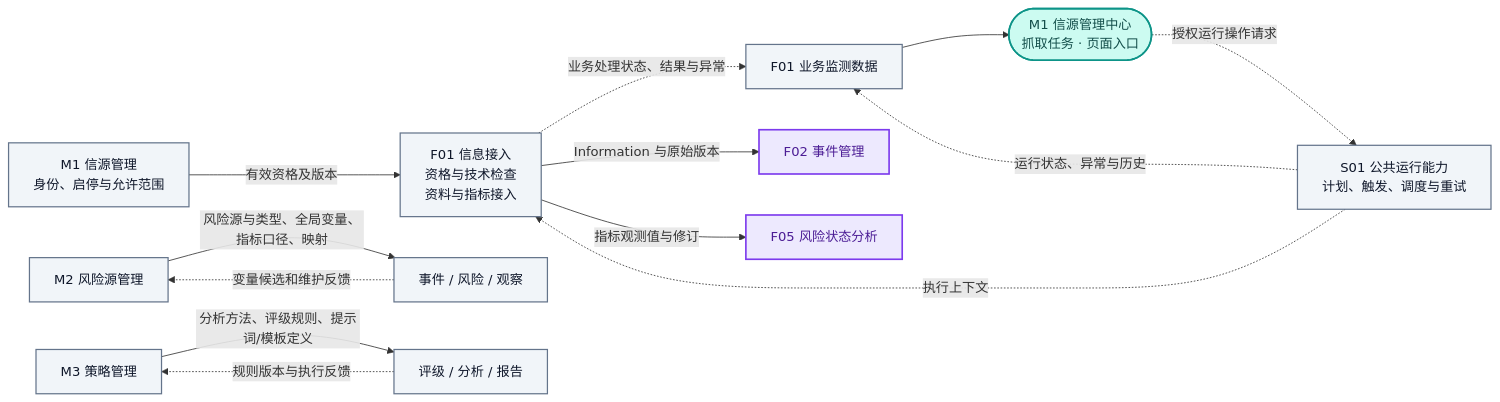
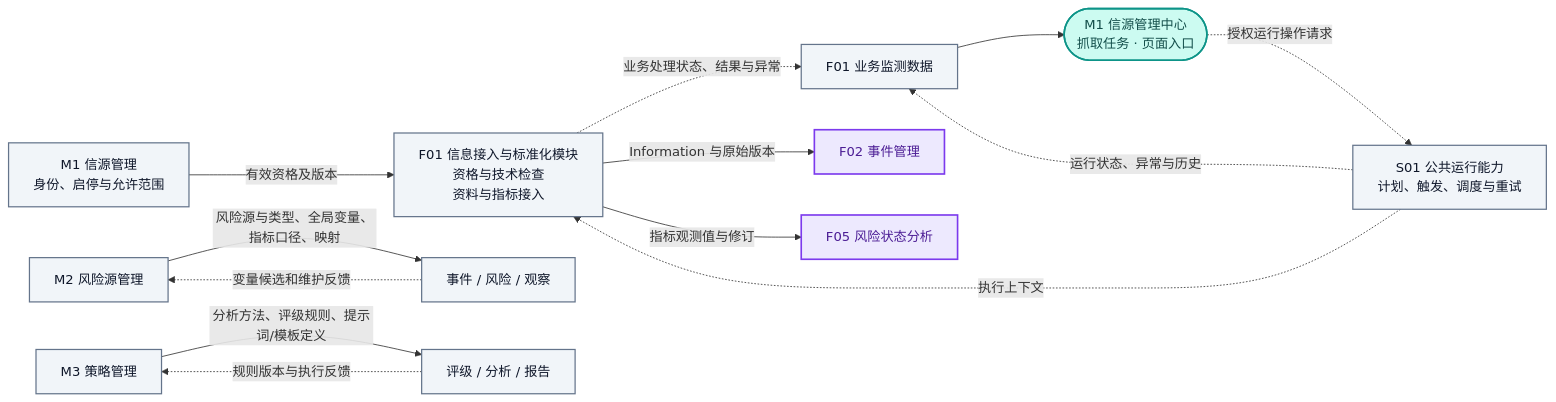
One commit to caojingwen1996/obsidian_kb changed the fifth of 18 diagrams in tools/RiskHot/docs/system-design/03-系统功能架构/系统功能架构总览.md. Above: the diagram before and after it, drawn with Mermaid. The commit also changed other lines of this file and 431 other files, not shown here.

````diff
--- a/tools/RiskHot/docs/system-design/03-系统功能架构/系统功能架构总览.md
+++ b/tools/RiskHot/docs/system-design/03-系统功能架构/系统功能架构总览.md
@@ -315,21 +315,21 @@
 ```mermaid
 flowchart LR
-    M1["M1 信源管理<br/>身份、启停与允许范围"] -->|有效资格及版本| A["F01 信息接入<br/>资格与技术检查<br/>资料与指标接入"]
+    M1["M1 信源管理<br/>身份、启停与允许范围"] -->|有效资格及版本| A["F01 信息接入与标准化模块<br/>资格与技术检查<br/>资料与指标接入"]
     M2[M2 风险源管理] -->|风险源与类型、全局变量、指标口径、映射| B[事件 / 风险 / 观察]
     M3[M3 策略管理] -->|分析方法、评级规则、提示词/模板定义| C[评级 / 分析 / 报告]
     S01["S01 公共运行能力<br/>计划、触发、调度与重试"] -. 执行上下文 .-> A
     S01 -. 运行状态、异常与历史 .-> MON["F01 业务监测数据"]
     A -. 业务处理状态、结果与异常 .-> MON
     MON --> VIEW(["M1 信源管理中心<br/>抓取任务 · 页面入口"])
     VIEW -. 授权运行操作请求 .-> S01
     A -->|Information 与原始版本| F02["F02 事件管理"]
     A -->|指标观测值与修订| F05["F05 风险状态分析"]
     B -.->|变量候选和维护反馈| M2
     C -.->|规则版本与执行反馈| M3
     classDef system fill:#f1f5f9,stroke:#64748b,color:#0f172a,stroke-width:1.5px
     classDef port fill:#ccfbf1,stroke:#0d9488,color:#134e4a,stroke-width:2px
     classDef downstream fill:#ede9fe,stroke:#7c3aed,color:#4c1d95,stroke-width:2px
     class M1,M2,M3,A,B,C,S01,MON system
     class VIEW port
     class F02,F05 downstream
 ```
````
